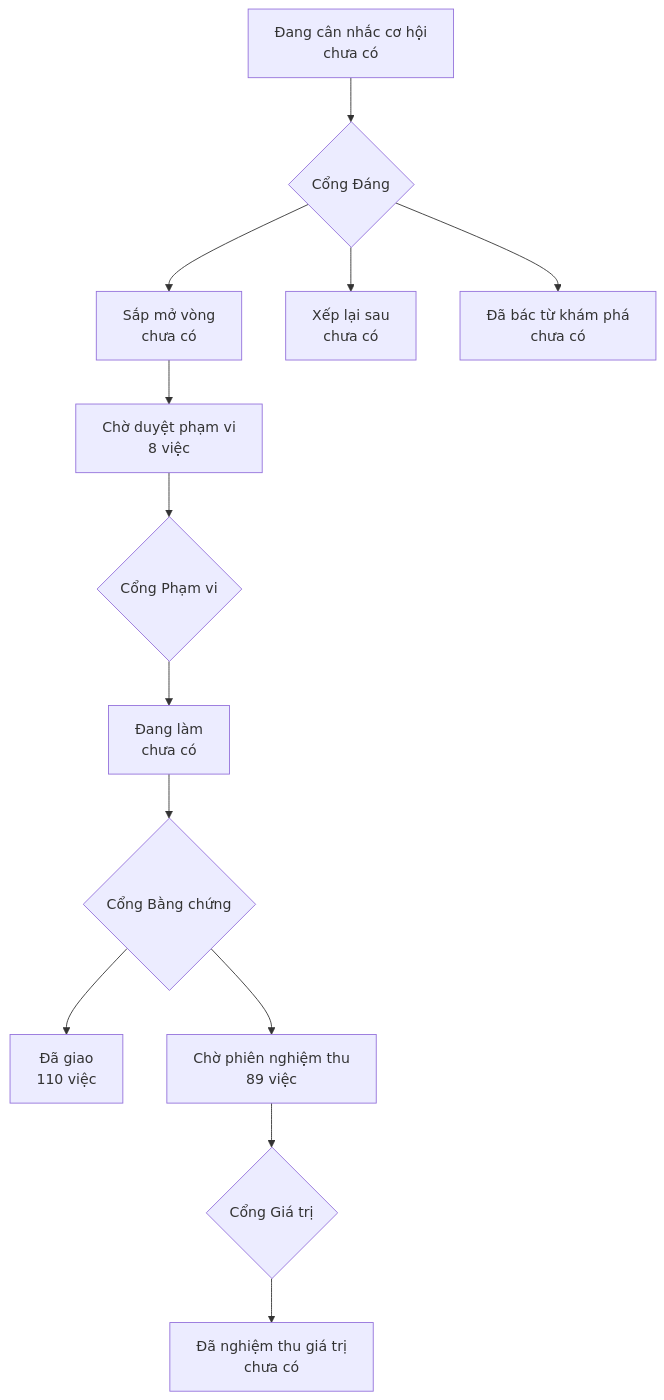
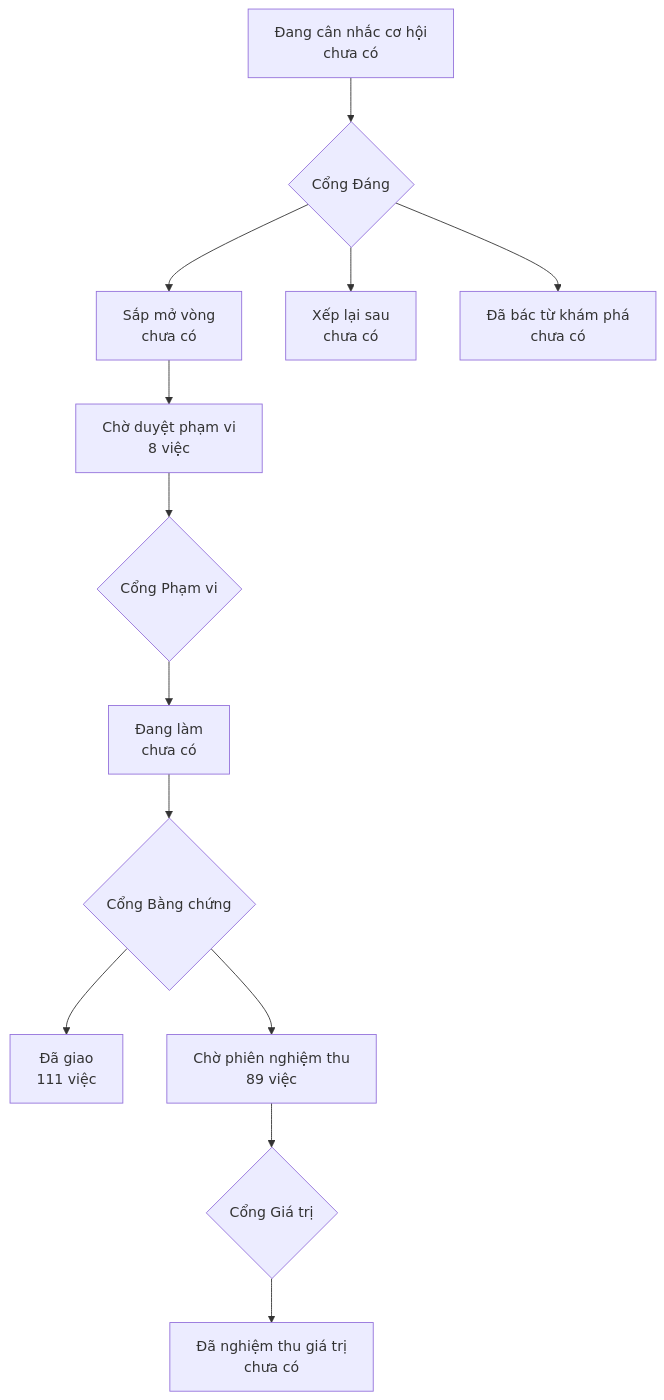
Before and after one commit to phanlemanh/onehub-invest: the diagram in PRODUCT-MAP.md, drawn with Mermaid. The commit also changed other lines of this file and 1 other file, not shown here.

Commit message:
chore(map): vẽ lại bản đồ sau gộp main 00124441

````diff
--- a/PRODUCT-MAP.md
+++ b/PRODUCT-MAP.md
@@ -7,12 +7,12 @@
 ```mermaid
 flowchart TD
   A["Đang cân nhắc cơ hội<br/>chưa có"] --> GD{"Cổng Đáng"}
   GD --> B["Sắp mở vòng<br/>chưa có"]
   GD --> XL["Xếp lại sau<br/>chưa có"]
   GD --> DB["Đã bác từ khám phá<br/>chưa có"]
   B --> CD["Chờ duyệt phạm vi<br/>8 việc"] --> GP{"Cổng Phạm vi"}
   GP --> DL["Đang làm<br/>chưa có"] --> GB{"Cổng Bằng chứng"}
-  GB --> DG["Đã giao<br/>110 việc"]
+  GB --> DG["Đã giao<br/>111 việc"]
   GB --> CN["Chờ phiên nghiệm thu<br/>89 việc"] --> GG{"Cổng Giá trị"}
   GG --> NT["Đã nghiệm thu giá trị<br/>chưa có"]
 ```
````
